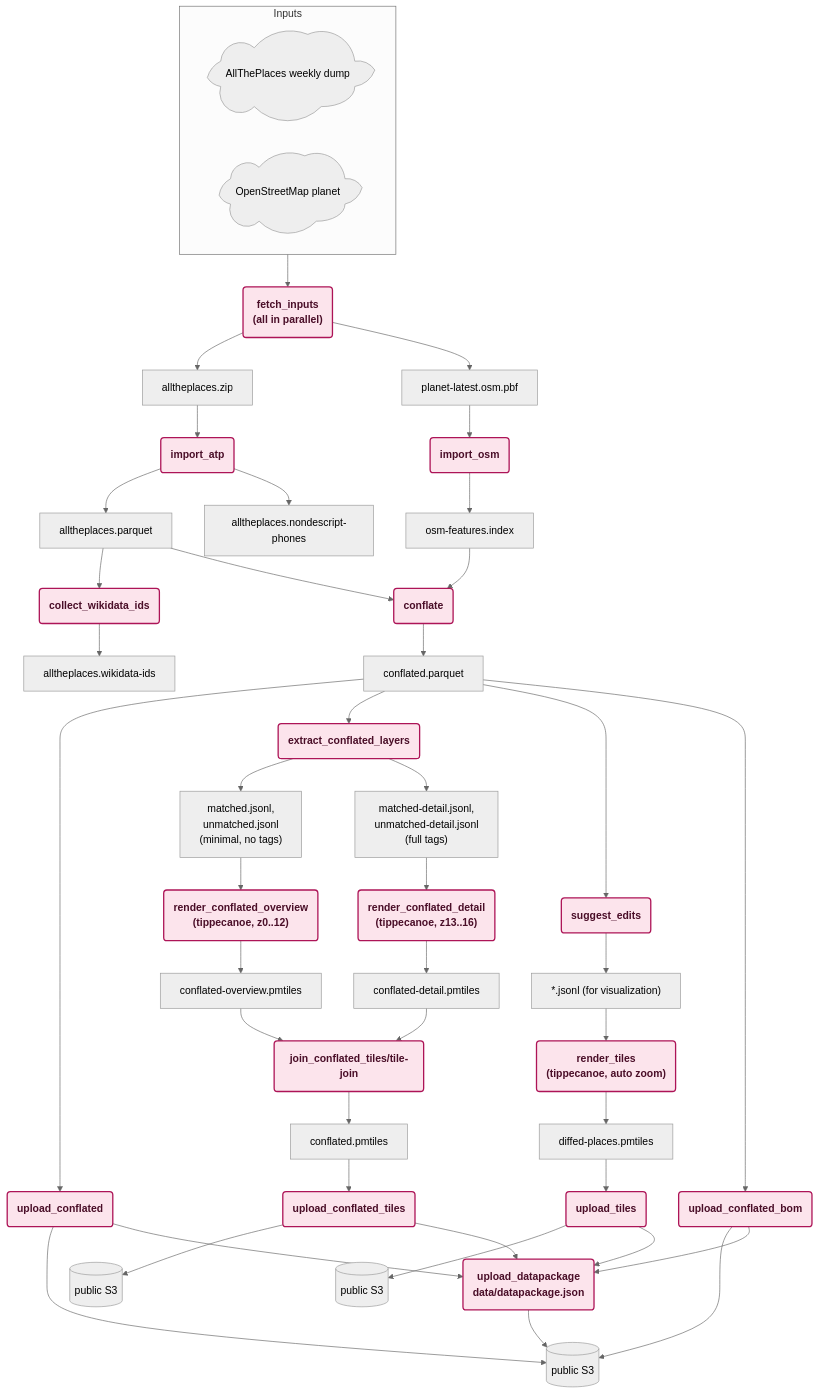
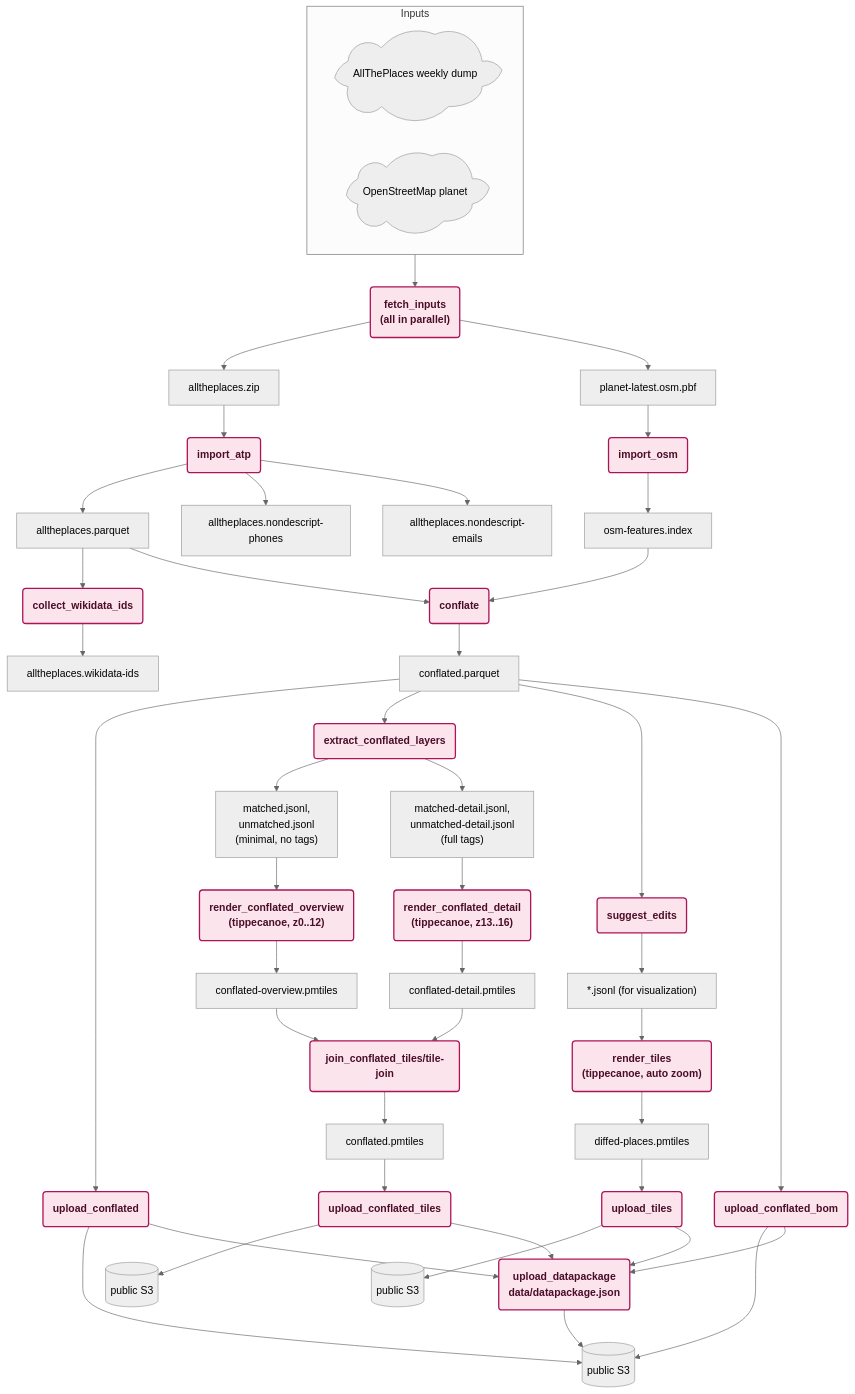
Before and after one commit to brawer/osmdiffs: the diagram in docs/TECHNICAL_DESIGN.md, drawn with Mermaid (neutral theme). The commit also changed other lines of this file and 8 other files, not shown here.

````diff
--- a/docs/TECHNICAL_DESIGN.md
+++ b/docs/TECHNICAL_DESIGN.md
@@ -177,47 +177,48 @@
 ```mermaid
 graph TD
     ATP_SRC@{ shape: cloud, label: "AllThePlaces weekly dump" }
     OSM_SRC@{ shape: cloud, label: "OpenStreetMap planet" }
 
     subgraph INPUTS [Inputs]
         ATP_SRC
         OSM_SRC
     end
     INPUTS --> FETCH_INPUTS("fetch_inputs<br/>(all in parallel)")
     FETCH_INPUTS --> ATP_ZIP[alltheplaces.zip]
     FETCH_INPUTS --> OSM_PBF[planet-latest.osm.pbf]
 
     ATP_ZIP --> IMPORT_ATP(import_atp) --> ATP_PARQUET[alltheplaces.parquet]
     IMPORT_ATP --> NONDESCRIPT_PHONES[alltheplaces.nondescript-phones]
+    IMPORT_ATP --> NONDESCRIPT_EMAILS[alltheplaces.nondescript-emails]
     ATP_PARQUET --> COLLECT_WIKI(collect_wikidata_ids) --> WIKIDATA[alltheplaces.wikidata-ids]
 
     OSM_PBF --> IMPORT_OSM(import_osm) --> OSM_INDEX[osm-features.index]
 
     ATP_PARQUET --> CONFLATE(conflate)
     OSM_INDEX --> CONFLATE
     CONFLATE --> CONFLATED[conflated.parquet]
     CONFLATED --> UPLOAD_CONFLATED(upload_conflated) --> S3A[("public S3")]
 
     CONFLATED --> EXTRACT_CONFLATED_LAYERS(extract_conflated_layers)
     EXTRACT_CONFLATED_LAYERS --> OVERVIEW_LAYERS["matched.jsonl,<br/>unmatched.jsonl<br/>(minimal, no tags)"]
     EXTRACT_CONFLATED_LAYERS --> DETAIL_LAYERS["matched-detail.jsonl,<br/>unmatched-detail.jsonl<br/>(full tags)"]
     OVERVIEW_LAYERS --> RENDER_CONFLATED_OVERVIEW("render_conflated_overview<br/>(tippecanoe, z0..12)") --> OVERVIEW_PMTILES[conflated-overview.pmtiles]
     DETAIL_LAYERS --> RENDER_CONFLATED_DETAIL("render_conflated_detail<br/>(tippecanoe, z13..16)") --> DETAIL_PMTILES[conflated-detail.pmtiles]
     OVERVIEW_PMTILES --> JOIN_CONFLATED_TILES(join_conflated_tiles/tile-join)
     DETAIL_PMTILES --> JOIN_CONFLATED_TILES
     JOIN_CONFLATED_TILES --> CONFLATED_PMTILES[conflated.pmtiles]
     CONFLATED_PMTILES --> UPLOAD_CONFLATED_TILES(upload_conflated_tiles) --> S3C[("public S3")]
 
     CONFLATED --> SUGGEST_EDITS(suggest_edits) --> LAYERS["*.jsonl (for visualization)"]
     LAYERS --> RENDER_TILES("render_tiles<br/>(tippecanoe, auto zoom)") --> PMTILES[diffed-places.pmtiles]
     PMTILES --> UPLOAD_TILES(upload_tiles) --> S3B[("public S3")]
 
     CONFLATED --> UPLOAD_BOM(upload_conflated_bom) --> S3A
     UPLOAD_CONFLATED --> UPLOAD_DATAPACKAGE
     UPLOAD_CONFLATED_TILES --> UPLOAD_DATAPACKAGE
     UPLOAD_TILES --> UPLOAD_DATAPACKAGE
     UPLOAD_BOM --> UPLOAD_DATAPACKAGE(upload_datapackage<br/>data/datapackage.json) --> S3A
 
     classDef process fill:#fce4ec,stroke:#ad1457,stroke-width:2px,color:#4a0e28,font-weight:bold;
     class FETCH_INPUTS,IMPORT_ATP,COLLECT_WIKI,IMPORT_OSM,CONFLATE,UPLOAD_CONFLATED,EXTRACT_CONFLATED_LAYERS,RENDER_CONFLATED_OVERVIEW,RENDER_CONFLATED_DETAIL,JOIN_CONFLATED_TILES,UPLOAD_CONFLATED_TILES,SUGGEST_EDITS,RENDER_TILES,UPLOAD_TILES,UPLOAD_BOM,UPLOAD_DATAPACKAGE process;
 ```
````
